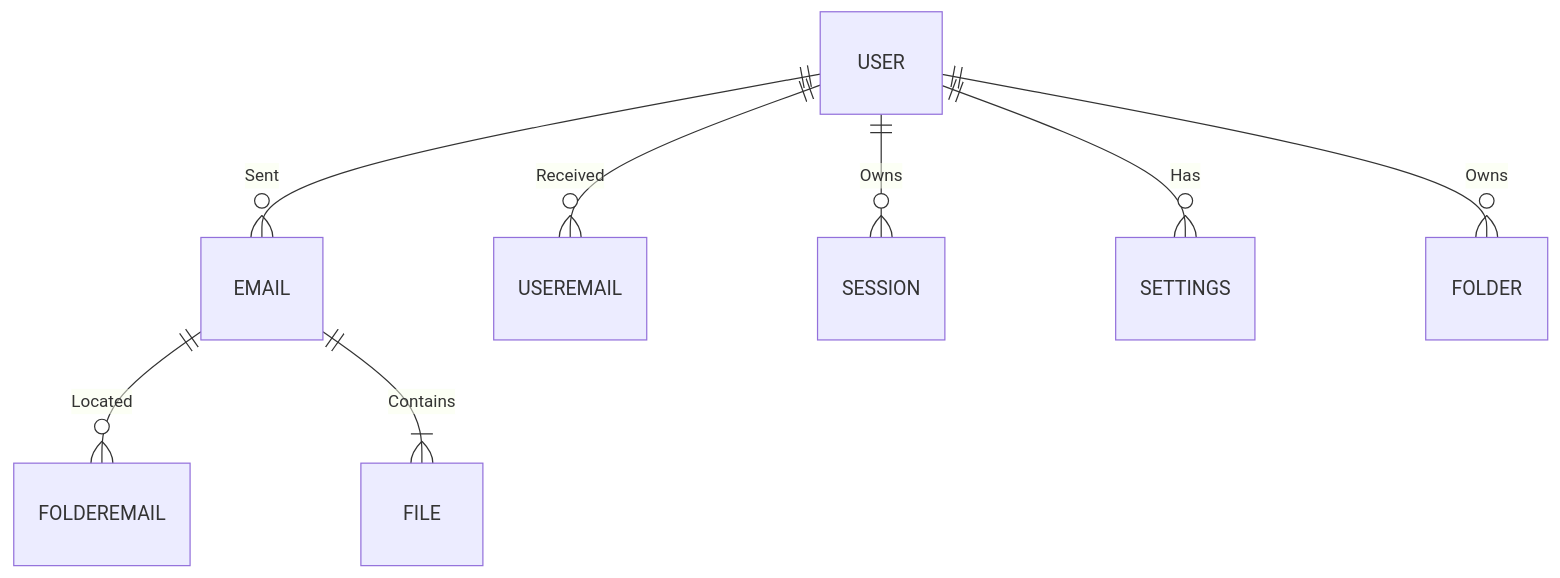
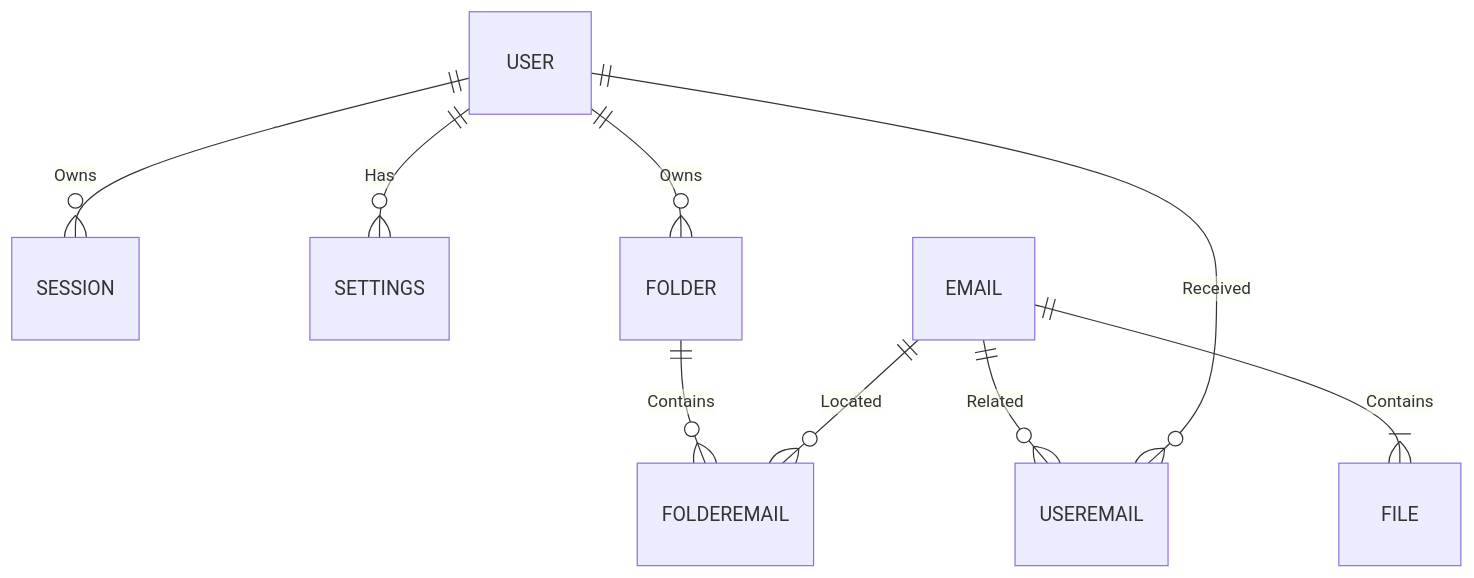
The first of 2 diagrams in db/normalized/relations.md (go-park-mail-ru/2024_1_Refugio), drawn with Mermaid before and after one commit. The commit also changed other lines of this file, not shown here.

````diff
--- a/db/normalized/relations.md
+++ b/db/normalized/relations.md
@@ -69,10 +73,11 @@
 ```mermaid
 erDiagram
-    USER ||--o{ EMAIL : "Sent"
-    USER ||--o{ USEREMAIL : "Received"
     USER ||--o{ SESSION : "Owns"
     USER ||--o{ SETTINGS : "Has"
     USER ||--o{ FOLDER : "Owns"
+    FOLDER ||--o{ FOLDEREMAIL : "Contains"
     EMAIL ||--o{ FOLDEREMAIL : "Located"
+    EMAIL ||--o{ USEREMAIL : "Related"
+    USER ||--o{ USEREMAIL : "Received"
     EMAIL ||--|{ FILE : "Contains"
 ```
````
